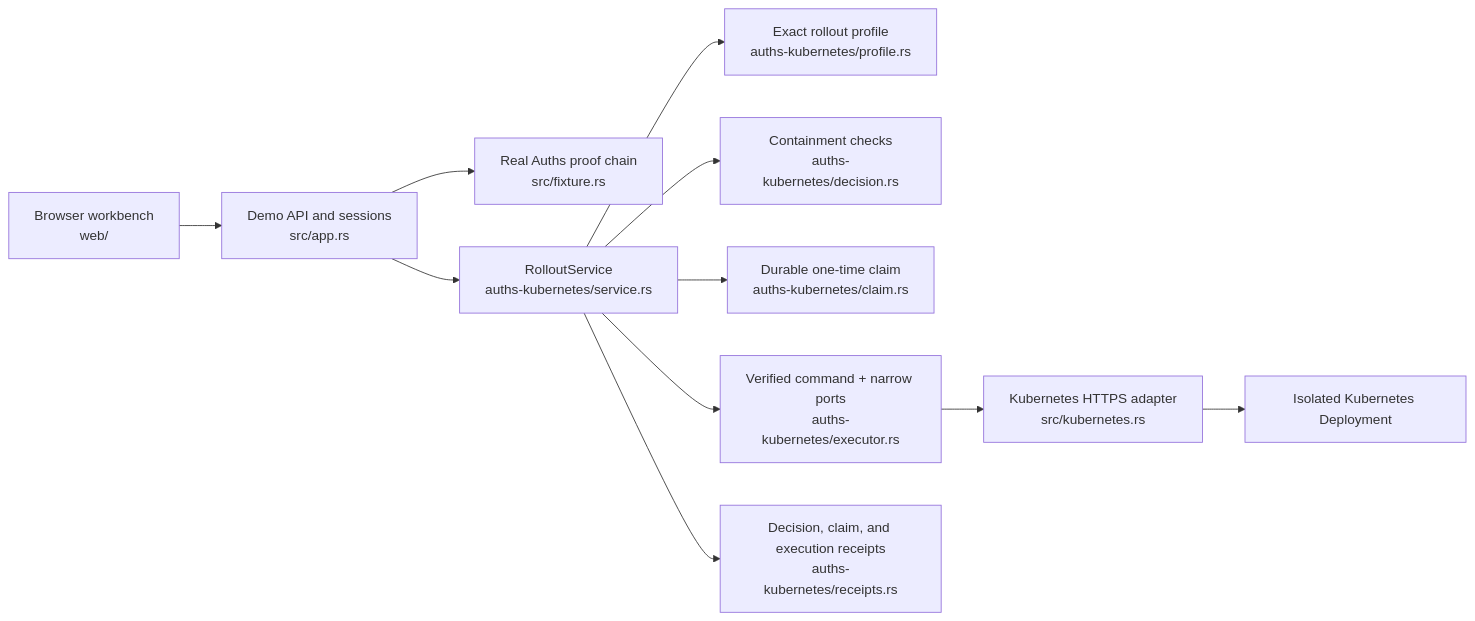
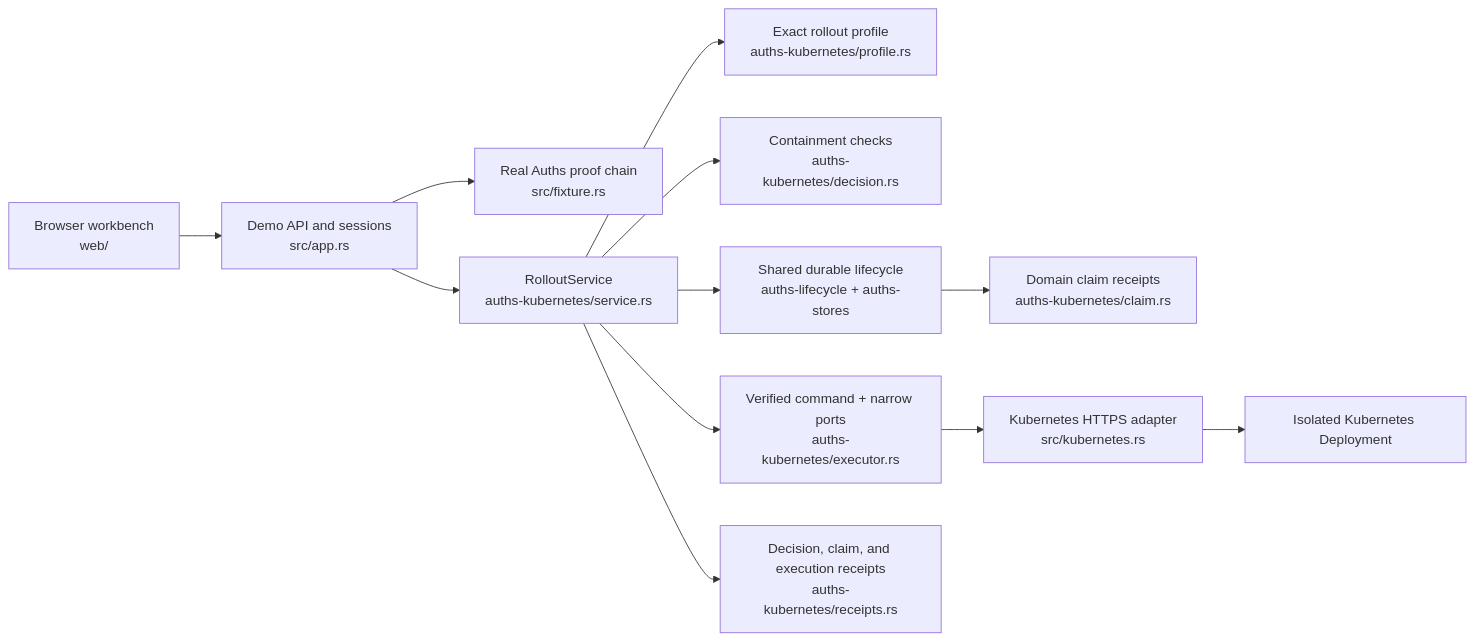
One commit to auths-dev/auths-proof changed the first of 2 diagrams in demos/kubernetes-rollout/docs/architecture.md. Above: the diagram before and after it, drawn with Mermaid. The commit also changed other lines of this file and 16 other files, not shown here.

First line of the commit message:
feat(kubernetes): adopt shared durable lifecycle

````diff
--- a/demos/kubernetes-rollout/docs/architecture.md
+++ b/demos/kubernetes-rollout/docs/architecture.md
@@ -1,13 +1,14 @@
 ```mermaid
 flowchart LR
     Browser["Browser workbench<br/>web/"] --> API["Demo API and sessions<br/>src/app.rs"]
     API --> Fixture["Real Auths proof chain<br/>src/fixture.rs"]
     API --> Service["RolloutService<br/>auths-kubernetes/service.rs"]
     Service --> Profile["Exact rollout profile<br/>auths-kubernetes/profile.rs"]
     Service --> Decision["Containment checks<br/>auths-kubernetes/decision.rs"]
-    Service --> Claim["Durable one-time claim<br/>auths-kubernetes/claim.rs"]
+    Service --> Lifecycle["Shared durable lifecycle<br/>auths-lifecycle + auths-stores"]
+    Lifecycle --> Claim["Domain claim receipts<br/>auths-kubernetes/claim.rs"]
     Service --> Port["Verified command + narrow ports<br/>auths-kubernetes/executor.rs"]
     Port --> Adapter["Kubernetes HTTPS adapter<br/>src/kubernetes.rs"]
     Adapter --> K8s["Isolated Kubernetes Deployment"]
     Service --> Receipts["Decision, claim, and execution receipts<br/>auths-kubernetes/receipts.rs"]
 ```
````
